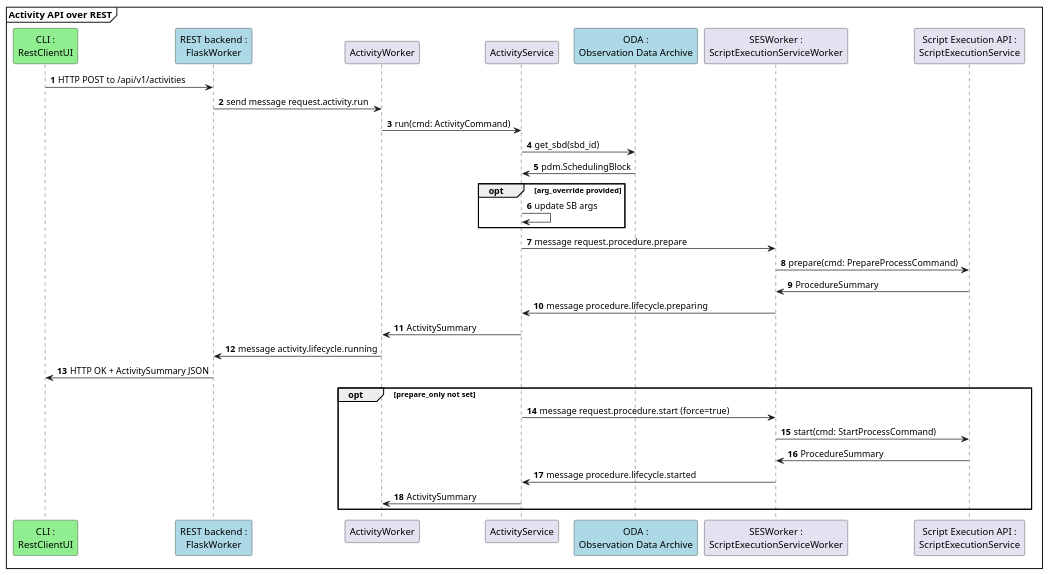
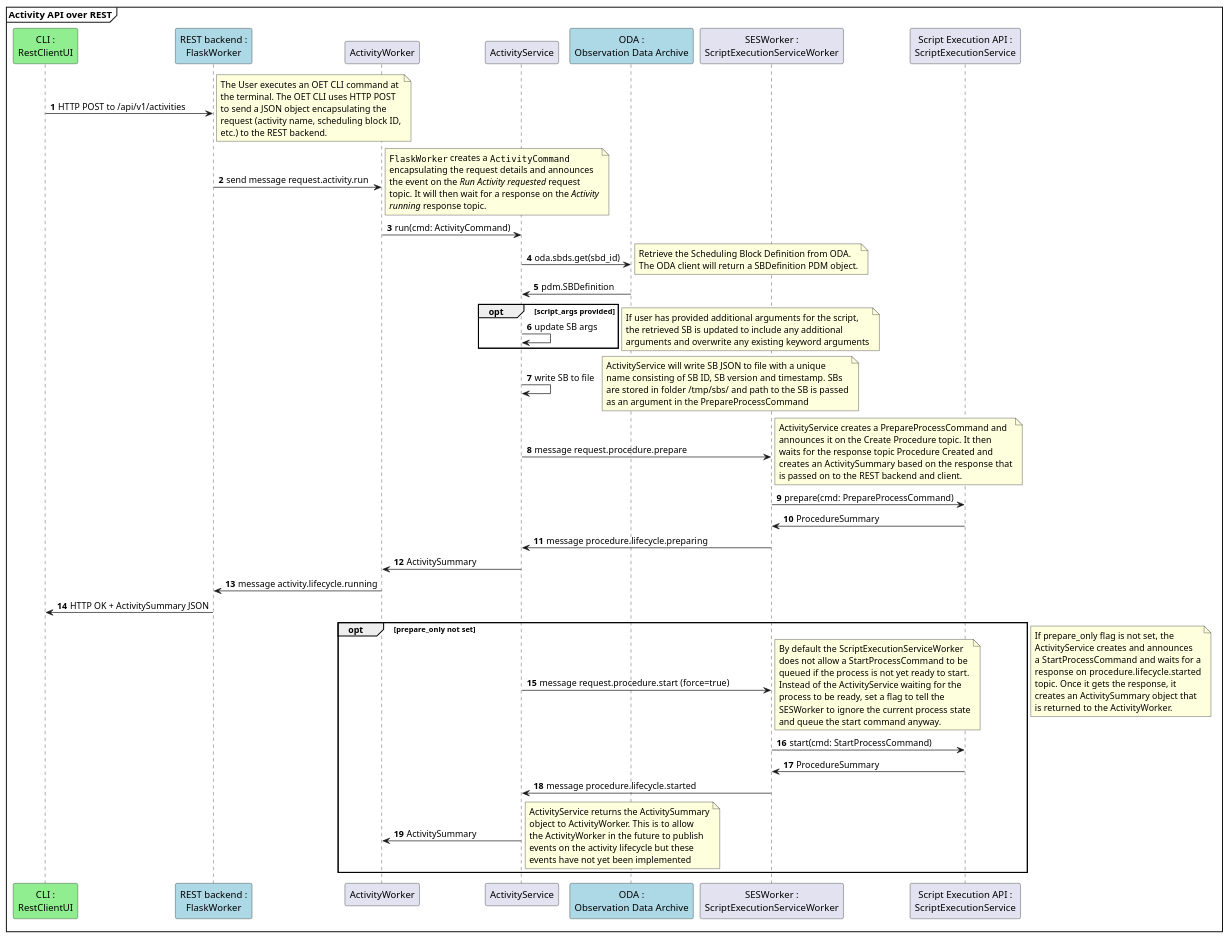
Before and after one commit to ska-telescope/observation-execution-tool: the diagram in docs/src/diagrams/backend_module_ui_sequence_activity_api_over_rest.puml, drawn with PlantUML. The commit also changed 2 other files, not shown here.

Commit message:
BTN-1689 Update activity sequence diagram to include saving SB to file

```diff
--- a/docs/src/diagrams/backend_module_ui_sequence_activity_api_over_rest.puml
+++ b/docs/src/diagrams/backend_module_ui_sequence_activity_api_over_rest.puml
@@ -1,56 +1,122 @@
 @startuml
 'https://plantuml.com/sequence-diagram
 
 
 mainframe **Activity API over REST**
 
 autonumber
 
 participant cli as "CLI :\nRestClientUI" #lightgreen
 participant FlaskWorker as "REST backend :\nFlaskWorker" #lightblue
 participant ActivityWorker
 participant ActivityService
 participant ODA as "ODA :\nObservation Data Archive" #lightblue
 participant ScriptExecutionServiceWorker as "SESWorker :\nScriptExecutionServiceWorker"
 participant ScriptExecutionService as "Script Execution API :\nScriptExecutionService"
 
 cli -> FlaskWorker: HTTP POST to /api/v1/activities
+note right
+The User executes an OET CLI command at
+the terminal. The OET CLI uses HTTP POST
+to send a JSON object encapsulating the
+request (activity name, scheduling block ID,
+etc.) to the REST backend.
+end note
 
 FlaskWorker -> ActivityWorker: send message request.activity.run
+note right
+""FlaskWorker"" creates a ""ActivityCommand""
+encapsulating the request details and announces
+the event on the //Run Activity requested// request
+topic. It will then wait for a response on the //Activity//
+//running// response topic.
+end note
 
 ActivityWorker -> ActivityService: run(cmd: ActivityCommand)
 
-ActivityService -> ODA: get_sbd(sbd_id)
-ODA -> ActivityService: pdm.SchedulingBlock
-opt arg_override provided
+ActivityService -> ODA: oda.sbds.get(sbd_id)
+note right
+Retrieve the Scheduling Block Definition from ODA.
+The ODA client will return a SBDefinition PDM object.
+end note
+ODA -> ActivityService: pdm.SBDefinition
+
+opt script_args provided
 ActivityService -> ActivityService: update SB args
 end
+note right
+If user has provided additional arguments for the script,
+the retrieved SB is updated to include any additional
+arguments and overwrite any existing keyword arguments
+end note
+
+ActivityService -> ActivityService: write SB to file
+note right
+ActivityService will write SB JSON to file with a unique
+name consisting of SB ID, SB version and timestamp. SBs
+are stored in folder /tmp/sbs/ and path to the SB is passed
+as an argument in the PrepareProcessCommand
+end note
+
 
 ActivityService -> ScriptExecutionServiceWorker: message request.procedure.prepare
+
+note right
+ActivityService creates a PrepareProcessCommand and
+announces it on the Create Procedure topic. It then
+waits for the response topic Procedure Created and
+creates an ActivitySummary based on  the response that
+is passed on to the REST backend and client.
+end note
 
 ScriptExecutionServiceWorker -> ScriptExecutionService: prepare(cmd: PrepareProcessCommand)
 
 ScriptExecutionService -> ScriptExecutionServiceWorker: ProcedureSummary
 
 ScriptExecutionServiceWorker -> ActivityService: message procedure.lifecycle.preparing
 
 ActivityService -> ActivityWorker: ActivitySummary
 
 ActivityWorker -> FlaskWorker: message activity.lifecycle.running
 
 cli <- FlaskWorker: HTTP OK + ActivitySummary JSON
 
 opt prepare_only not set
 ActivityService -> ScriptExecutionServiceWorker: message request.procedure.start (force=true)
+note right
+By default the ScriptExecutionServiceWorker
+does not allow a StartProcessCommand to be
+queued if the process is not yet ready to start.
+Instead of the ActivityService waiting for the
+process to be ready, set a flag to tell the
+SESWorker to ignore the current process state
+and queue the start command anyway.
+end note
 
 ScriptExecutionServiceWorker -> ScriptExecutionService: start(cmd: StartProcessCommand)
 
 ScriptExecutionService -> ScriptExecutionServiceWorker: ProcedureSummary
 
 ScriptExecutionServiceWorker -> ActivityService: message procedure.lifecycle.started
 
 ActivityService -> ActivityWorker: ActivitySummary
+note right
+ActivityService returns the ActivitySummary
+object to ActivityWorker. This is to allow
+the ActivityWorker in the future to publish
+events on the activity lifecycle but these
+events have not yet been implemented
+end note
 
 end
+note right
+If prepare_only flag is not set, the
+ActivityService creates and announces
+a StartProcessCommand and waits for a
+response on  procedure.lifecycle.started
+topic. Once it gets the response, it
+creates an ActivitySummary object that
+is returned to the ActivityWorker.
+end note
 
 @enduml
```
